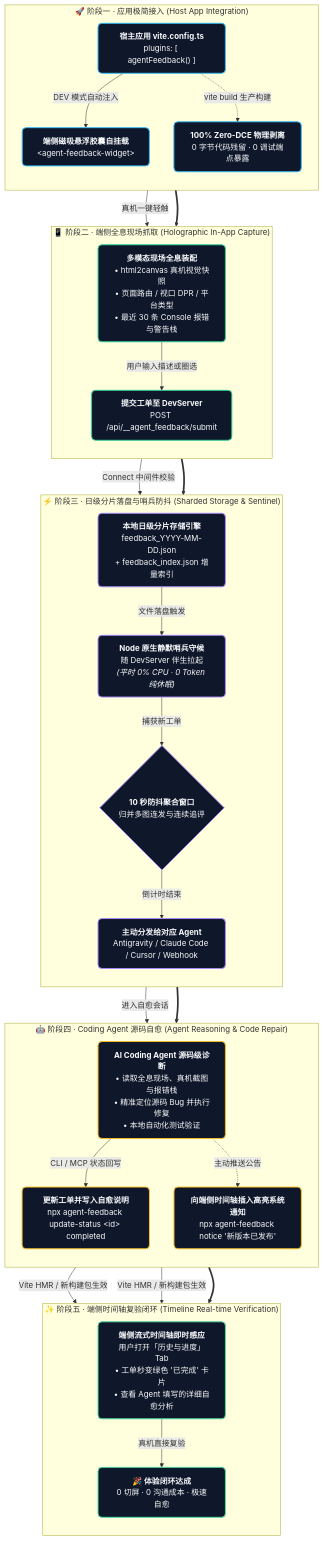
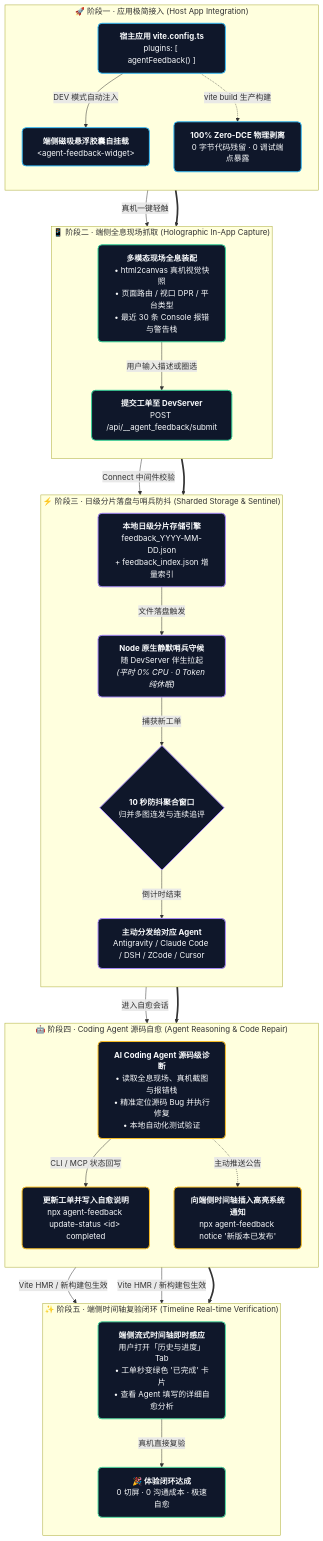
One commit to lylyuanliang/agent-feedback changed the first of 2 diagrams in README.md. Above: the diagram before and after it, drawn with Mermaid. The commit also changed other lines of this file and 2 other files, not shown here.

Commit message:
docs: 补充 DSH 与 ZCode 专属配置配方并在 README 增设生态指南快捷入口

````diff
--- a/README.md
+++ b/README.md
@@ -57,52 +59,52 @@
 ```mermaid
 flowchart TD
     subgraph P1 ["🚀 阶段一 · 应用极简接入 (Host App Integration)"]
         direction TB
         A["<b>宿主应用 vite.config.ts</b><br/>plugins: [ agentFeedback() ]"] -->|DEV 模式自动注入| B["<b>端侧磁吸悬浮胶囊自挂载</b><br/>&lt;agent-feedback-widget&gt;"]
         A -.->|vite build 生产构建| B2["<b>100% Zero-DCE 物理剥离</b><br/>0 字节代码残留 · 0 调试端点暴露"]
     end
 
     subgraph P2 ["📱 阶段二 · 端侧全息现场抓取 (Holographic In-App Capture)"]
         direction TB
         B -->|真机一键轻触| C["<b>多模态现场全息装配</b><br/>• html2canvas 真机视觉快照<br/>• 页面路由 / 视口 DPR / 平台类型<br/>• 最近 30 条 Console 报错与警告栈"]
         C -->|用户输入描述或圈选| D["<b>提交工单至 DevServer</b><br/>POST /api/__agent_feedback/submit"]
     end
 
     subgraph P3 ["⚡ 阶段三 · 日级分片落盘与哨兵防抖 (Sharded Storage & Sentinel)"]
         direction TB
         D -->|Connect 中间件校验| E["<b>本地日级分片存储引擎</b><br/>feedback_YYYY-MM-DD.json<br/>+ feedback_index.json 增量索引"]
         E -->|文件落盘触发| F["<b>Node 原生静默哨兵守候</b><br/>随 DevServer 伴生拉起<br/><i>(平时 0% CPU · 0 Token 纯休眠)</i>"]
         F -->|捕获新工单| G{"<b>10 秒防抖聚合窗口</b><br/>归并多图连发与连续追评"}
-        G -->|倒计时结束| H["<b>主动分发给对应 Agent</b><br/>Antigravity / Claude Code / Cursor / Webhook"]
+        G -->|倒计时结束| H["<b>主动分发给对应 Agent</b><br/>Antigravity / Claude Code / DSH / ZCode / Cursor"]
     end
 
     subgraph P4 ["🤖 阶段四 · Coding Agent 源码自愈 (Agent Reasoning & Code Repair)"]
         direction TB
         H -->|进入自愈会话| I["<b>AI Coding Agent 源码级诊断</b><br/>• 读取全息现场、真机截图与报错栈<br/>• 精准定位源码 Bug 并执行修复<br/>• 本地自动化测试验证"]
         I -->|CLI / MCP 状态回写| J["<b>更新工单并写入自愈说明</b><br/>npx agent-feedback update-status &lt;id&gt; completed"]
         I -.->|主动推送公告| J2["<b>向端侧时间轴插入高亮系统通知</b><br/>npx agent-feedback notice '新版本已发布'"]
     end
 
     subgraph P5 ["✨ 阶段五 · 端侧时间轴复验闭环 (Timeline Real-time Verification)"]
         direction TB
         J & J2 -->|Vite HMR / 新构建包生效| K["<b>端侧流式时间轴即时感应</b><br/>用户打开「历史与进度」Tab<br/>• 工单秒变绿色 '已完成' 卡片<br/>• 查看 Agent 填写的详细自愈分析"]
         K -->|真机直接复验| L["<b>🎉 体验闭环达成</b><br/>0 切屏 · 0 沟通成本 · 极速自愈"]
     end
 
     P1 ==> P2
     P2 ==> P3
     P3 ==> P4
     P4 ==> P5
 
     classDef p1Style fill:#0f172a,stroke:#38bdf8,stroke-width:2px,color:#f8fafc,rx:8px,ry:8px;
     classDef p2Style fill:#0f172a,stroke:#34d399,stroke-width:2px,color:#f8fafc,rx:8px,ry:8px;
     classDef p3Style fill:#0f172a,stroke:#a78bfa,stroke-width:2px,color:#f8fafc,rx:8px,ry:8px;
     classDef p4Style fill:#0f172a,stroke:#fbbf24,stroke-width:2px,color:#f8fafc,rx:8px,ry:8px;
     classDef p5Style fill:#0f172a,stroke:#4edea3,stroke-width:2px,color:#f8fafc,rx:8px,ry:8px;
 
     class A,B,B2 p1Style;
     class C,D p2Style;
     class E,F,G,H p3Style;
     class I,J,J2 p4Style;
     class K,L p5Style;
 ```
````
